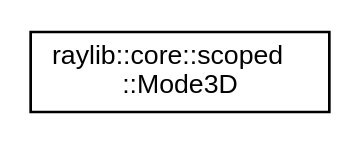
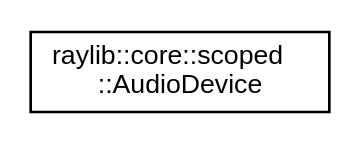
The diagram in inherit_graph_39.dot (MisterPeModder/Bomberman-Global-Offensive), drawn with Graphviz before and after one commit. The commit also changed 366 other files, not shown here.

```diff
--- a/inherit_graph_39.dot
+++ b/inherit_graph_39.dot
@@ -1,8 +1,8 @@
 digraph "Graphical Class Hierarchy"
 {
  // LATEX_PDF_SIZE
   edge [fontname="Helvetica",fontsize="10",labelfontname="Helvetica",labelfontsize="10"];
   node [fontname="Helvetica",fontsize="10",shape=record];
   rankdir="LR";
-  Node0 [label="raylib::core::scoped\l::Mode3D",height=0.2,width=0.4,color="black", fillcolor="white", style="filled",URL="$classraylib_1_1core_1_1scoped_1_1_mode3_d.html",tooltip="Setup/End a 3D mode with a custom camera."];
+  Node0 [label="raylib::core::scoped\l::AudioDevice",height=0.2,width=0.4,color="black", fillcolor="white", style="filled",URL="$classraylib_1_1core_1_1scoped_1_1_audio_device.html",tooltip="Setup/End audio device."];
 }
```
